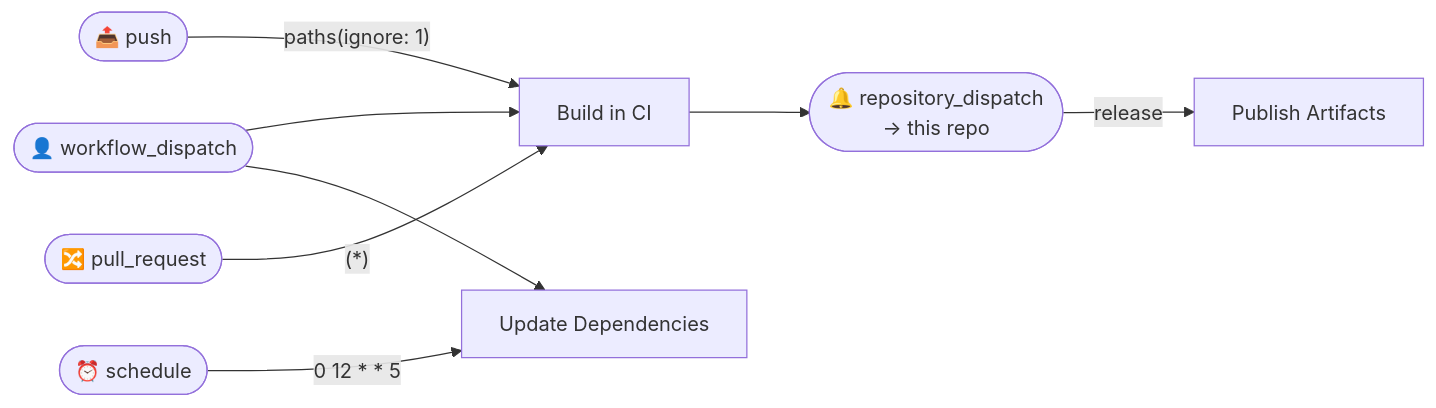
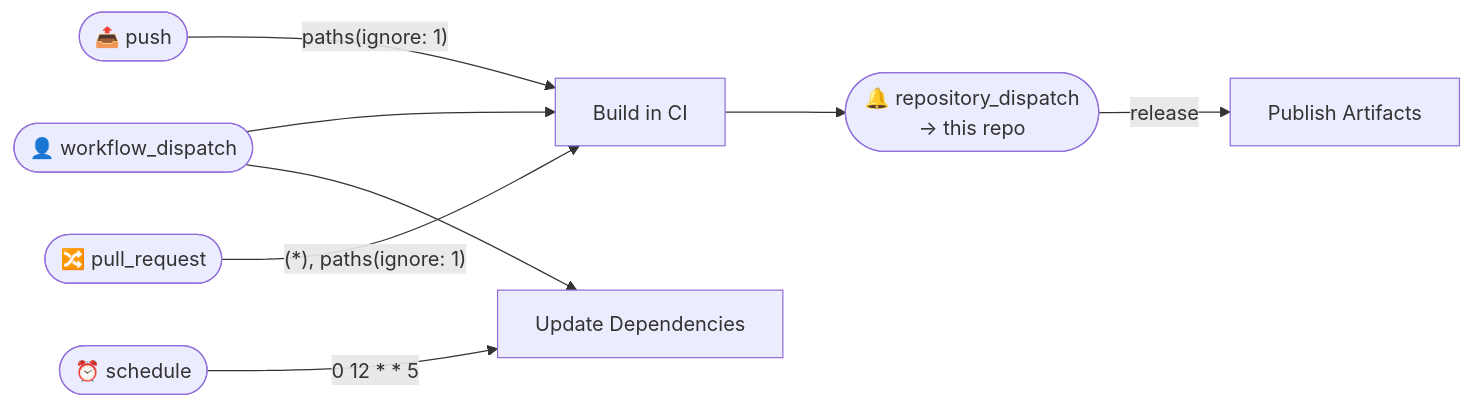
The diagram in .github/typeflows/README.md (http4k/standards), drawn with Mermaid before and after one commit. The commit also changed 6 other files, not shown here.

````diff
--- a/.github/typeflows/README.md
+++ b/.github/typeflows/README.md
@@ -3,18 +3,18 @@
 ```mermaid
 flowchart LR
     workflowdispatch(["👤 workflow_dispatch"])
     push(["📤 push"])
     pullrequest(["🔀 pull_request"])
     schedule(["⏰ schedule"])
     repositorydispatchgithubrepository(["🔔 repository_dispatch<br/>→ this repo"])
     buildyml["Build in CI"]
     uploadreleaseyml["Publish Artifacts"]
     updatedependenciesyml["Update Dependencies"]
     workflowdispatch --> buildyml
     workflowdispatch --> updatedependenciesyml
     push -->|"paths(ignore: 1)"|buildyml
-    pullrequest -->|"(*)"|buildyml
+    pullrequest -->|"(*), paths(ignore: 1)"|buildyml
     schedule -->|"0 12 * * 5"|updatedependenciesyml
     buildyml --> repositorydispatchgithubrepository
     repositorydispatchgithubrepository -->|"release"|uploadreleaseyml
 ```
````
